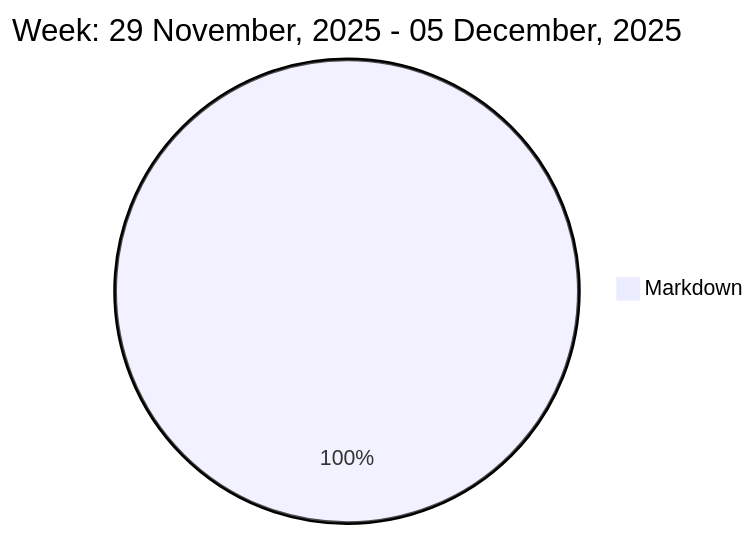
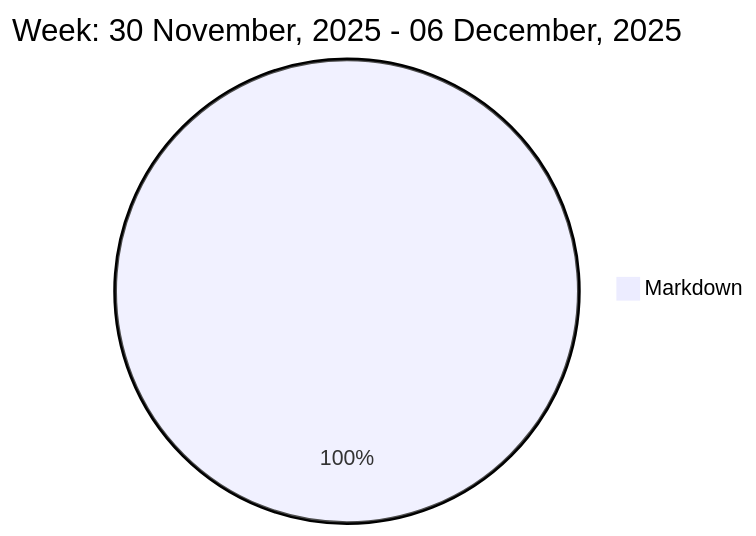
The diagram in README.md (liubin95/liubin95), drawn with Mermaid before and after one commit.

Commit message:
Updated the Graph with new Metrics

````diff
--- a/README.md
+++ b/README.md
@@ -37,5 +37,5 @@
 ```mermaid
  pie
-title Week: 29 November, 2025 - 05 December, 2025
+title Week: 30 November, 2025 - 06 December, 2025
  "Markdown" : 3.1
 ```
````
